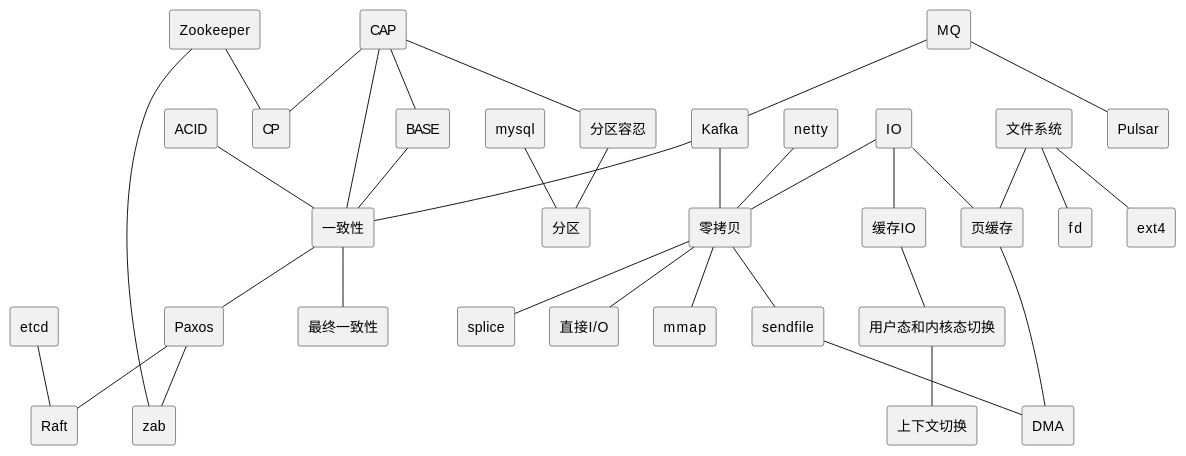
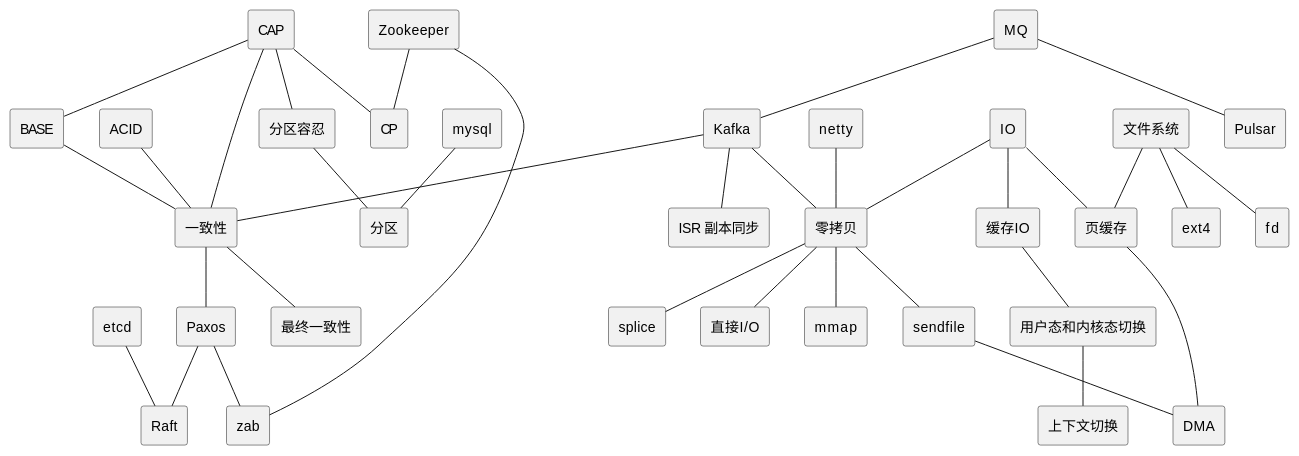
The diagram in content/post/archive-1/2015-08-06-dev.md (wiloon/blog), drawn with PlantUML before and after one commit.

````diff
--- a/content/post/archive-1/2015-08-06-dev.md
+++ b/content/post/archive-1/2015-08-06-dev.md
@@ -93,73 +93,75 @@
 ```puml
 @startuml
 skinparam componentStyle rectangle
 
 [Kafka] as kafka
+[ISR 副本同步] as isr
 [一致性] as consistency
 [最终一致性] as eventual_consistency
 [CAP] as cap
 [CP] as cp
 [BASE] as base
 [分区容忍] as partition_tolerance
 [分区] as partition
 [mysql]
 [ACID] as acid
 [MQ] as mq
 [Pulsar] as pulsar
 [netty]
 [零拷贝] as zero_copy
 [IO] as io
 [缓存IO] as buffered_io
 [页缓存] as page_cache
 [sendfile] as sendfile
 [DMA] as dma
 [文件系统] as file_system
 [直接I/O] as direct_io
 [mmap]
 [splice]
 [用户态和内核态切换] as user_kernal_switch
 [上下文切换] as context_switch
 [fd]
 [ext4]
 [Paxos] as paxos
 [Zookeeper] as zookeepr
 [etcd]
 [Raft] as raft
 [zab]
 
 kafka--consistency
 cap--base
 cap--consistency
 partition_tolerance--partition
 mysql--partition
 consistency--eventual_consistency
 acid--consistency
 base--consistency
 cap--partition_tolerance
 mq--kafka
 mq--pulsar
 kafka--zero_copy
 netty--zero_copy
 io--page_cache
 io--buffered_io
 page_cache--dma
 file_system--page_cache
 io--zero_copy
 zero_copy--direct_io
 zero_copy--mmap
 zero_copy--sendfile
 zero_copy--splice
 sendfile--dma
 buffered_io--user_kernal_switch
 user_kernal_switch--context_switch
 file_system--fd
 file_system--ext4
 consistency--paxos
 zookeepr--cp
 cap--cp
 zookeepr--zab
 etcd--raft
 paxos--zab
 paxos--raft
+kafka--isr
 @enduml
 ```
````
